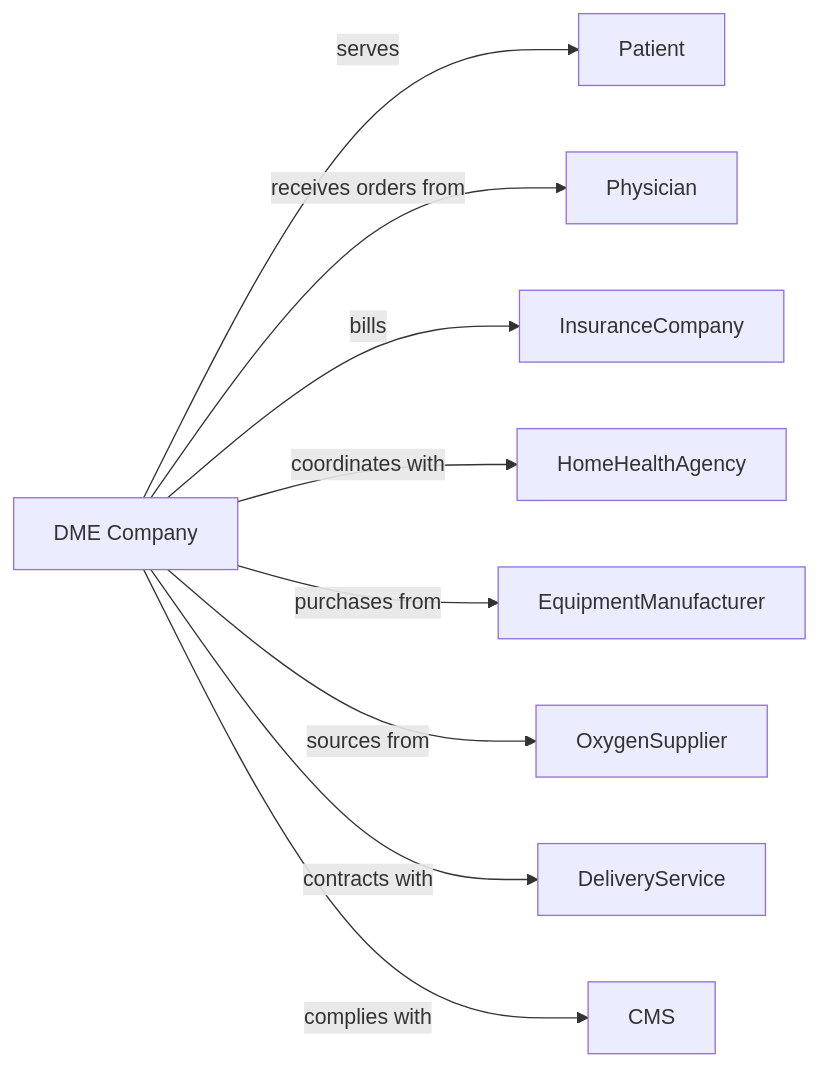
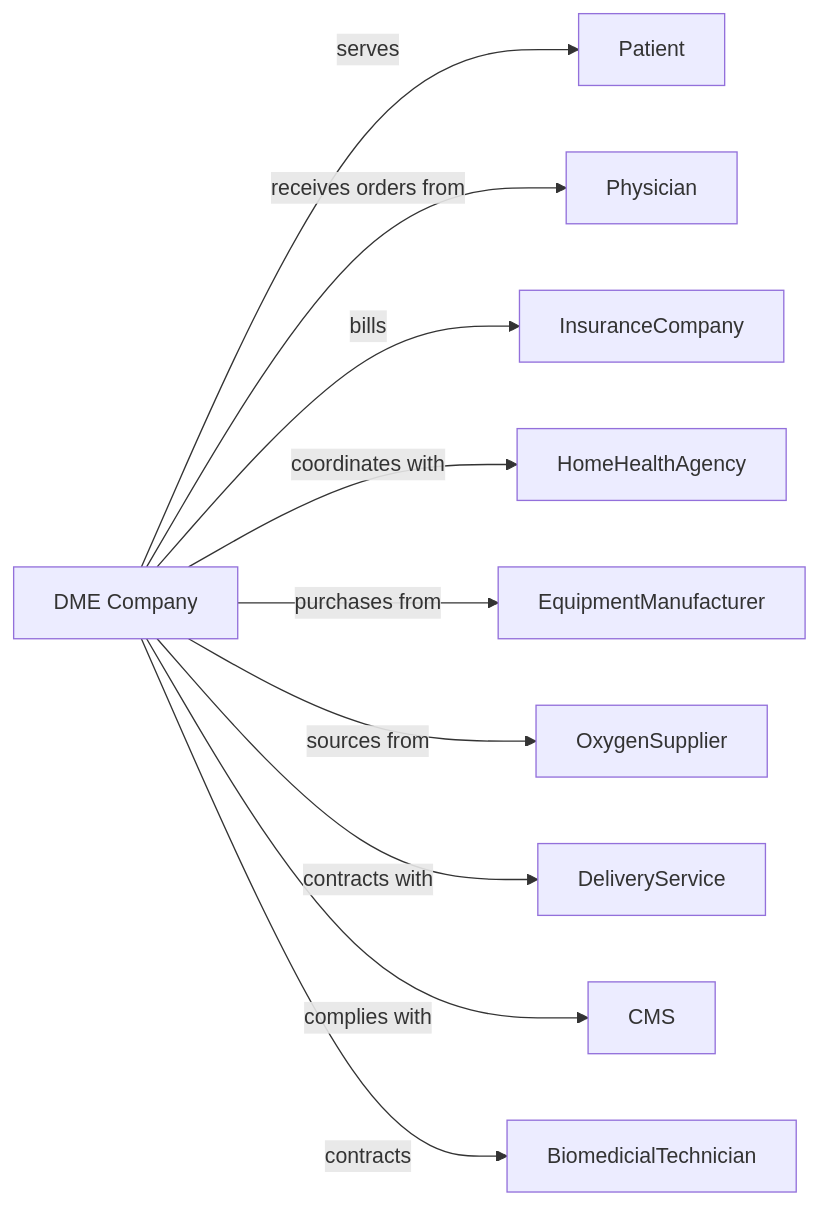
The second of 2 diagrams in RealEstate/RentalAndLeasingServices/ConsumerGoodsRental/HomeHealthEquipmentRental.mdx (dot-org-ai/industries.org.ai), drawn with Mermaid before and after one commit. The commit also changed 588 other files, not shown here.

````diff
--- a/RealEstate/RentalAndLeasingServices/ConsumerGoodsRental/HomeHealthEquipmentRental.mdx
+++ b/RealEstate/RentalAndLeasingServices/ConsumerGoodsRental/HomeHealthEquipmentRental.mdx
@@ -137,13 +137,14 @@
 ```mermaid
 graph LR
     D[DME Company]
 
     D -->|serves| Patient
     D -->|receives orders from| Physician
     D -->|bills| InsuranceCompany
     D -->|coordinates with| HomeHealthAgency
     D -->|purchases from| EquipmentManufacturer
     D -->|sources from| OxygenSupplier
     D -->|contracts with| DeliveryService
     D -->|complies with| CMS
+    D -->|contracts| BiomedicialTechnician
 ```
````
